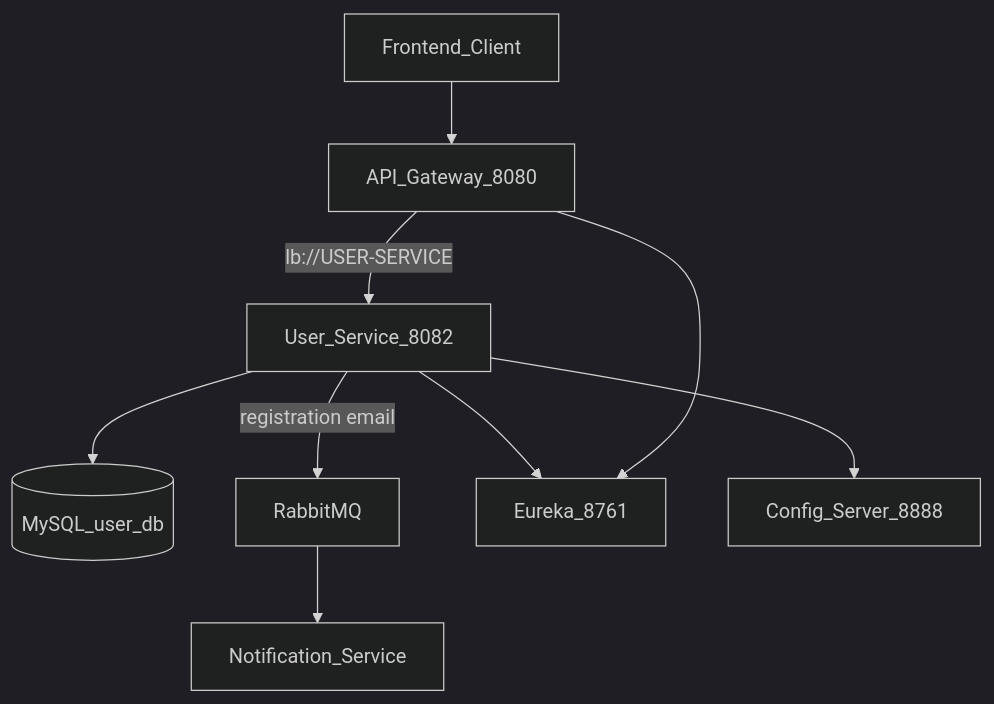
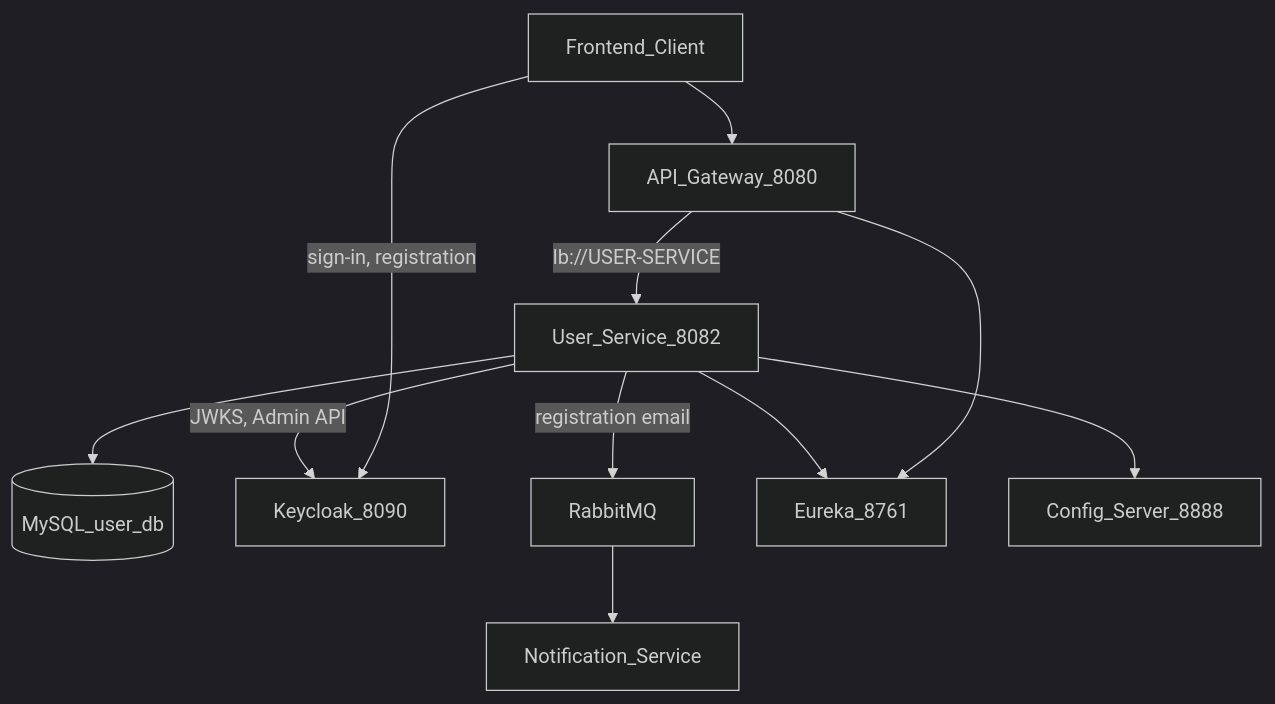
The first of 5 diagrams in docs/backend/services/user-service.md (thaivanlam/Techzone-laptop-project), drawn with Mermaid (dark theme) before and after one commit. The commit also changed other lines of this file and 60 other files, not shown here.

````diff
--- a/docs/backend/services/user-service.md
+++ b/docs/backend/services/user-service.md
@@ -52,11 +60,13 @@
 ```mermaid
 flowchart TB
     Client[Frontend_Client] --> Gateway[API_Gateway_8080]
     Gateway -->|"lb://USER-SERVICE"| UserService[User_Service_8082]
     UserService --> MySQL[(MySQL_user_db)]
+    UserService -->|"JWKS, Admin API"| Keycloak[Keycloak_8090]
+    Client -->|"sign-in, registration"| Keycloak
     UserService -->|"registration email"| RabbitMQ[RabbitMQ]
     RabbitMQ --> NotificationService[Notification_Service]
     UserService --> Eureka[Eureka_8761]
     UserService --> ConfigServer[Config_Server_8888]
     Gateway --> Eureka
 ```
````
